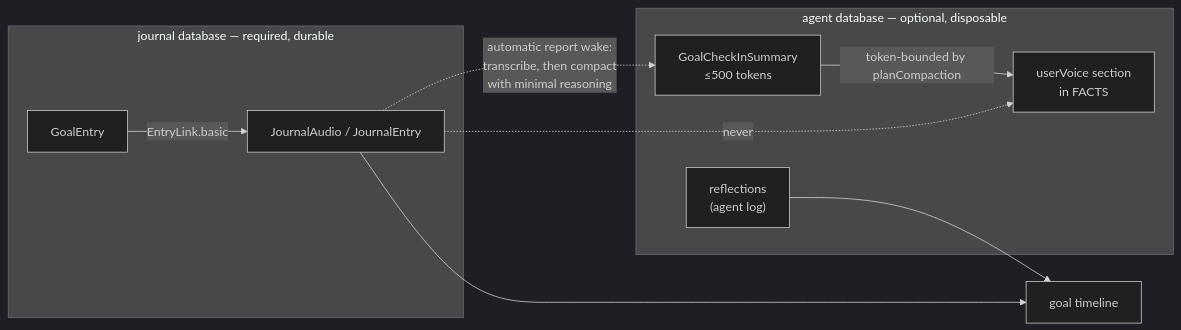
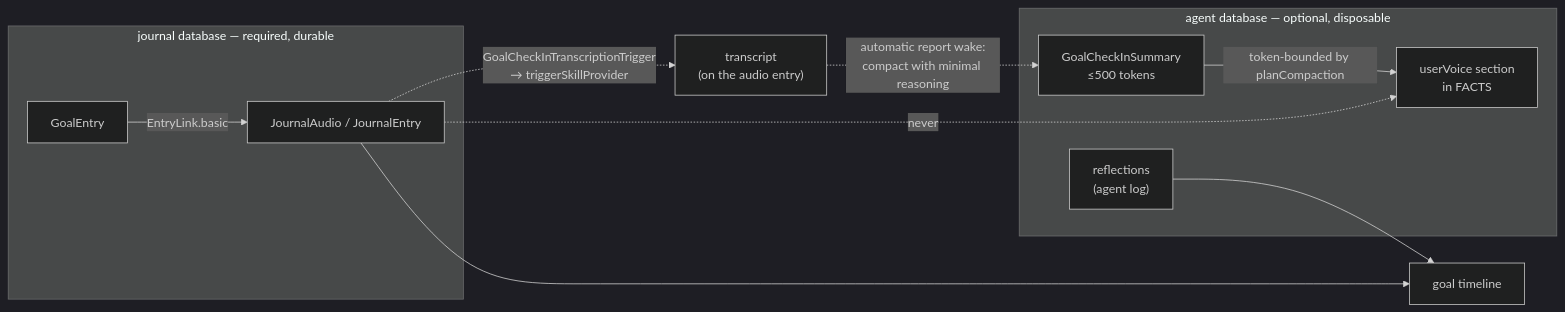
One commit to matthiasn/lotti changed the fourth of 4 diagrams in knowledge/features/goals.md. Above: the diagram before and after it, drawn with Mermaid (dark theme). The commit also changed other lines of this file and 16 other files, not shown here.

First line of the commit message:
fix(goals): actually transcribe a check-in, and say so when it cannot

````diff
--- a/knowledge/features/goals.md
+++ b/knowledge/features/goals.md
@@ -1344,18 +1344,19 @@
 ```mermaid
 flowchart LR
   subgraph Journal["journal database — required, durable"]
     G["GoalEntry"]
     A["JournalAudio / JournalEntry"]
     G -- "EntryLink.basic" --> A
   end
   subgraph Agent["agent database — optional, disposable"]
     R["reflections<br/>(agent log)"]
     S["GoalCheckInSummary<br/>≤500 tokens"]
     F["userVoice section<br/>in FACTS"]
   end
-  A -. "automatic report wake:<br/>transcribe, then compact<br/>with minimal reasoning" .-> S
+  A -. "GoalCheckInTranscriptionTrigger<br/>→ triggerSkillProvider" .-> T["transcript<br/>(on the audio entry)"]
+  T -. "automatic report wake:<br/>compact with minimal reasoning" .-> S
   S -- "token-bounded by planCompaction" --> F
   R --> TL["goal timeline"]
   A --> TL
   A -. "never" .-> F
 ```
````
